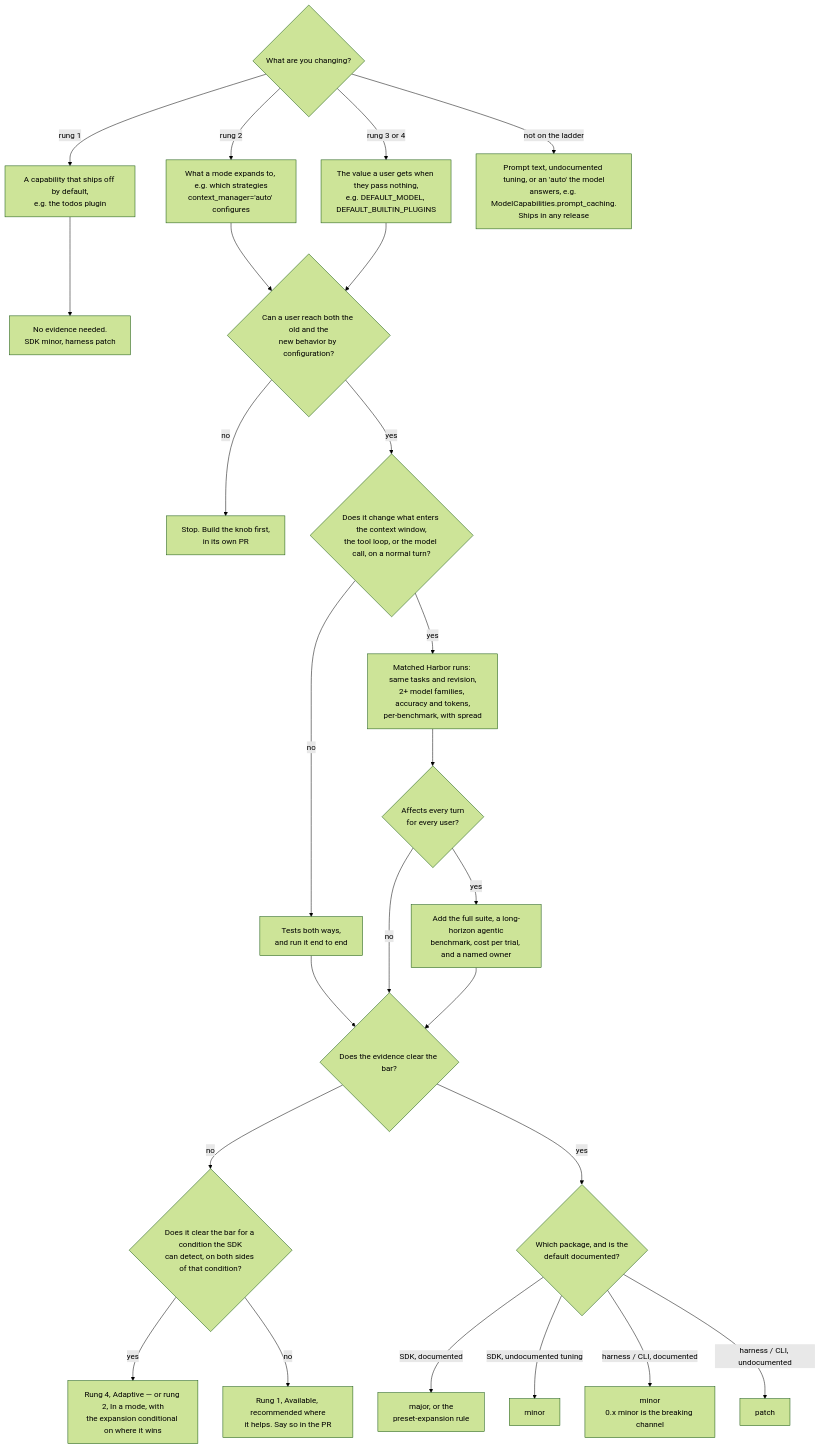
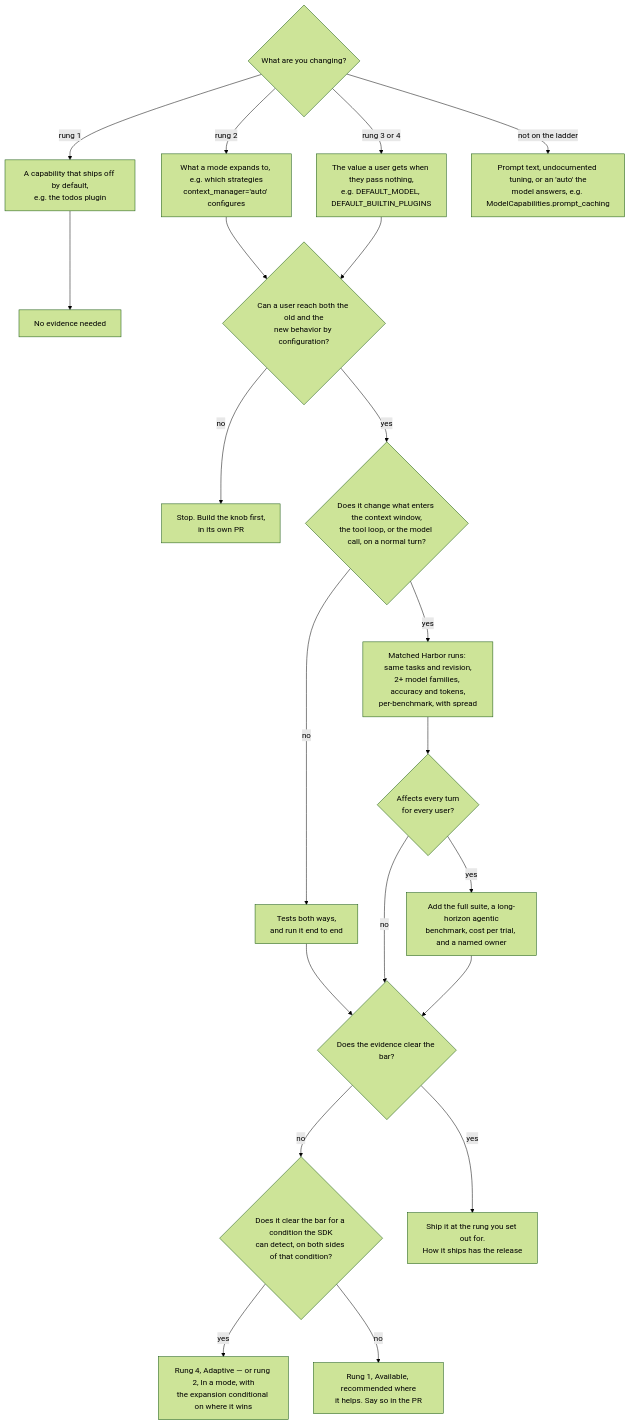
The diagram in team/DEFAULTS.md (strands-agents/harness-sdk), drawn with Mermaid (forest theme) before and after one commit. The commit also changed other lines of this file, not shown here.

````diff
--- a/team/DEFAULTS.md
+++ b/team/DEFAULTS.md
@@ -53,34 +40,30 @@
 ```mermaid
 flowchart TD
     A{"What are you changing?"}
     A -->|"rung 1"| A1["A capability that ships off by default,<br/>e.g. the todos plugin"]
-    A1 --> A1b["No evidence needed.<br/>SDK minor, harness patch"]
+    A1 --> A1b["No evidence needed"]
     A -->|"rung 2"| A2["What a mode expands to, e.g. which strategies<br/>context_manager='auto' configures"]
     A -->|"rung 3 or 4"| A3["The value a user gets when they pass nothing,<br/>e.g. DEFAULT_MODEL, DEFAULT_BUILTIN_PLUGINS"]
-    A -->|"not on the ladder"| A4["Prompt text, undocumented tuning, or an 'auto' the model<br/>answers, e.g. ModelCapabilities.prompt_caching.<br/>Ships in any release"]
+    A -->|"not on the ladder"| A4["Prompt text, undocumented tuning, or an 'auto' the<br/>model answers, e.g. ModelCapabilities.prompt_caching"]
 
     A2 --> B
     A3 --> B
     B{"Can a user reach both the old and the<br/>new behavior by configuration?"}
     B -->|no| B1["Stop. Build the knob first,<br/>in its own PR"]
 
     B -->|yes| C{"Does it change what enters the context window,<br/>the tool loop, or the model call, on a normal turn?"}
     C -->|no| C1["Tests both ways,<br/>and run it end to end"]
     C -->|yes| C2["Matched Harbor runs: same tasks and revision,<br/>2+ model families, accuracy and tokens,<br/>per-benchmark, with spread"]
     C2 --> C3{"Affects every turn<br/>for every user?"}
     C3 -->|yes| C4["Add the full suite, a long-horizon agentic<br/>benchmark, cost per trial, and a named owner"]
     C1 --> D
     C3 -->|no| D
     C4 --> D
 
     D{"Does the evidence clear the bar?"}
     D -->|no| E{"Does it clear the bar for a condition the SDK<br/>can detect, on both sides of that condition?"}
     E -->|yes| E1["Rung 4, Adaptive — or rung 2, In a mode, with<br/>the expansion conditional on where it wins"]
     E -->|no| E2["Rung 1, Available, recommended where<br/>it helps. Say so in the PR"]
 
-    D -->|yes| F{"Which package, and is the<br/>default documented?"}
-    F -->|"SDK, documented"| F1["major, or the<br/>preset-expansion rule"]
-    F -->|"SDK, undocumented tuning"| F2["minor"]
-    F -->|"harness / CLI, documented"| F3["minor<br/>0.x minor is the breaking channel"]
-    F -->|"harness / CLI, undocumented"| F4["patch"]
+    D -->|yes| F["Ship it at the rung you set out for.<br/>How it ships has the release"]
 ```
````
